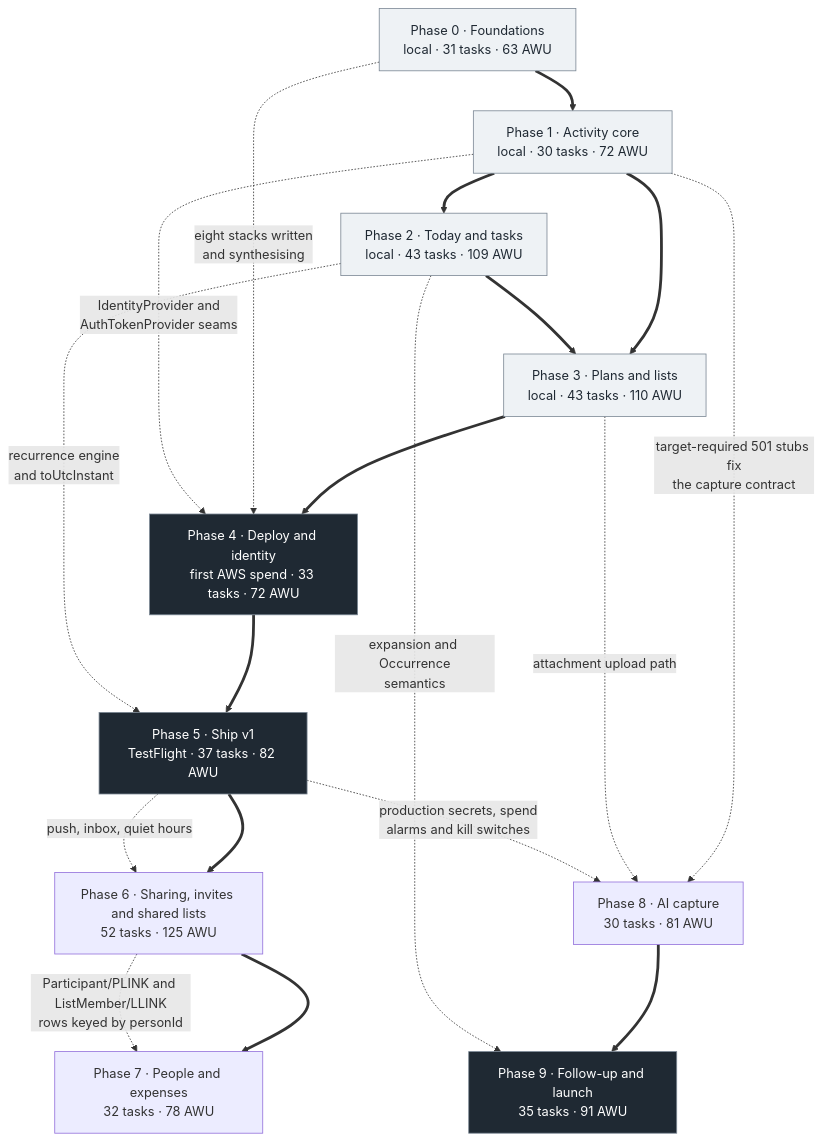
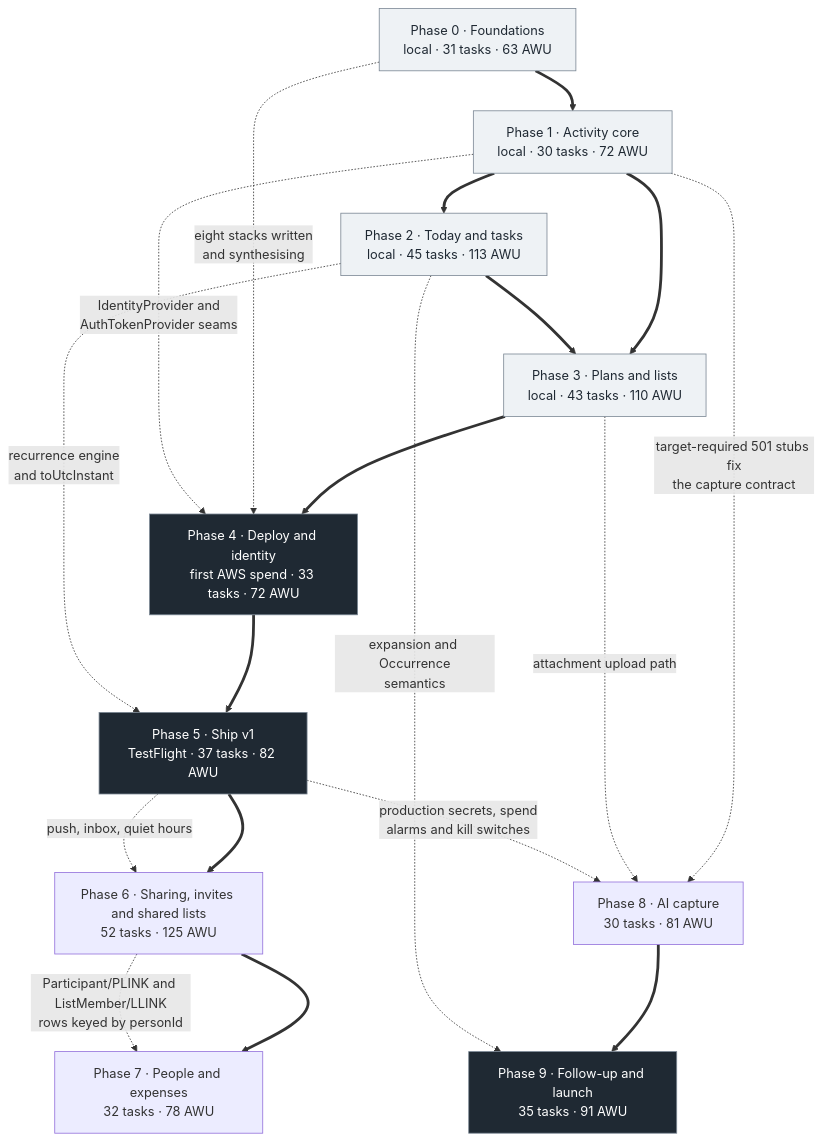
The diagram in docs/03-implementation/roadmap.md (malikujjwal/ordinarydays), drawn with Mermaid before and after one commit. The commit also changed other lines of this file and 1 other file, not shown here.

````diff
--- a/docs/03-implementation/roadmap.md
+++ b/docs/03-implementation/roadmap.md
@@ -241,38 +243,38 @@
 ```mermaid
 graph TD
     P0["Phase 0 · Foundations<br/>local · 31 tasks · 63 AWU"]
     P1["Phase 1 · Activity core<br/>local · 30 tasks · 72 AWU"]
-    P2["Phase 2 · Today and tasks<br/>local · 43 tasks · 109 AWU"]
+    P2["Phase 2 · Today and tasks<br/>local · 45 tasks · 113 AWU"]
     P3["Phase 3 · Plans and lists<br/>local · 43 tasks · 110 AWU"]
     P4["Phase 4 · Deploy and identity<br/>first AWS spend · 33 tasks · 72 AWU"]
     P5["Phase 5 · Ship v1<br/>TestFlight · 37 tasks · 82 AWU"]
     P6["Phase 6 · Sharing, invites and shared lists<br/>52 tasks · 125 AWU"]
     P7["Phase 7 · People and expenses<br/>32 tasks · 78 AWU"]
     P8["Phase 8 · AI capture<br/>30 tasks · 81 AWU"]
     P9["Phase 9 · Follow-up and launch<br/>35 tasks · 91 AWU"]
 
     P0 ==> P1
     P1 ==> P2
     P1 ==> P3
     P2 ==> P3
     P3 ==> P4
     P4 ==> P5
     P5 ==> P6
     P6 ==> P7
     P8 ==> P9
 
     P0 -. "eight stacks written<br/>and synthesising" .-> P4
     P1 -. "IdentityProvider and<br/>AuthTokenProvider seams" .-> P4
     P1 -. "target-required 501 stubs fix<br/>the capture contract" .-> P8
     P2 -. "recurrence engine<br/>and toUtcInstant" .-> P5
     P2 -. "expansion and Occurrence<br/>semantics" .-> P9
     P3 -. "attachment upload path" .-> P8
     P5 -. "production secrets, spend<br/>alarms and kill switches" .-> P8
     P5 -. "push, inbox, quiet hours" .-> P6
     P6 -. "Participant/PLINK and ListMember/LLINK<br/>rows keyed by personId" .-> P7
 
     classDef local fill:#eef2f5,stroke:#7b8794,color:#1f2933
     classDef ship fill:#1f2933,stroke:#7b8794,color:#ffffff
     class P0,P1,P2,P3 local
     class P4,P5,P9 ship
 ```
````
